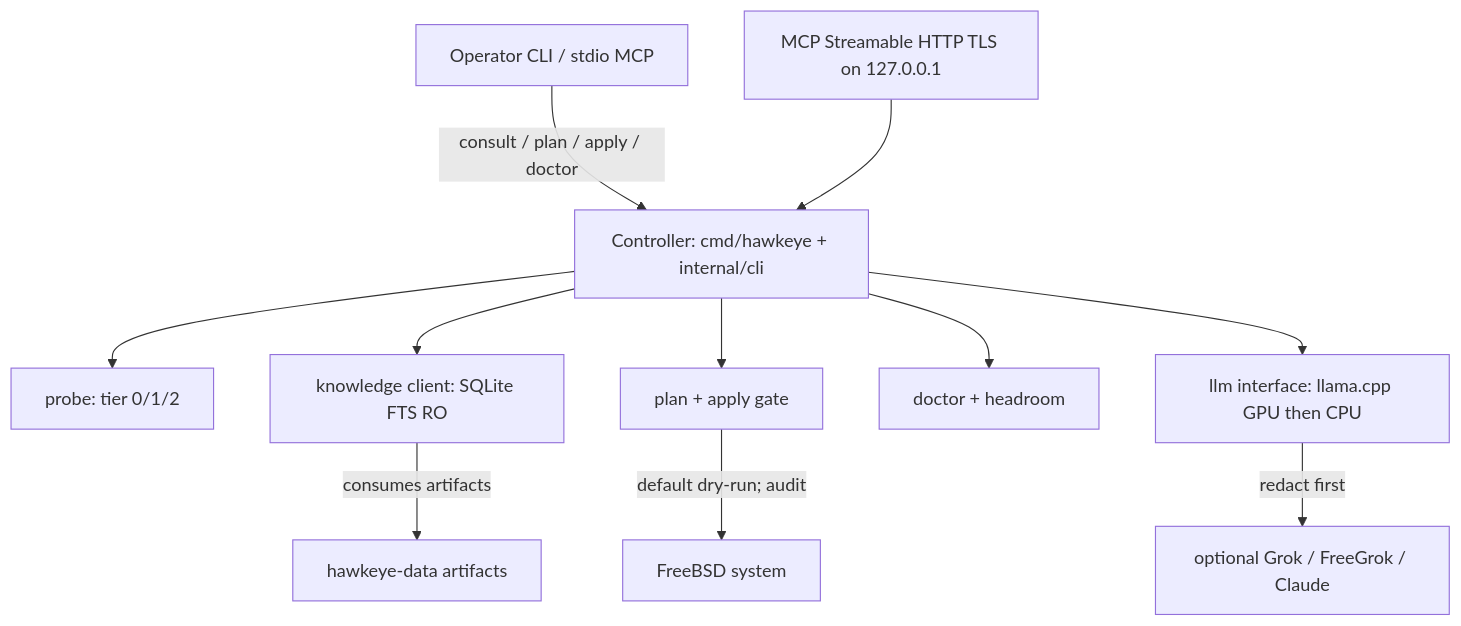
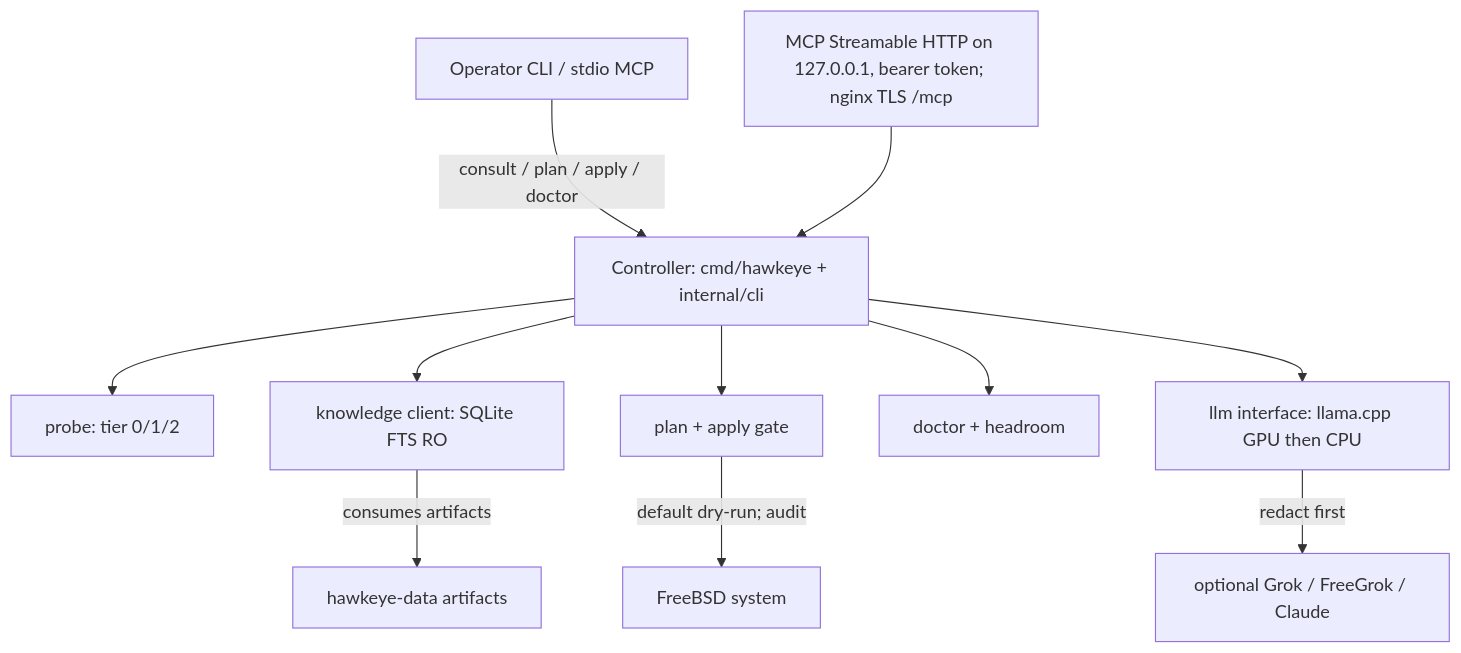
Before and after one commit to revytechinc/hawkeye: the first of 4 diagrams in docs/ARCHITECTURE.md, drawn with Mermaid. The commit also changed other lines of this file and 16 other files, not shown here.

First line of the commit message:
Expose Streamable HTTP MCP at /mcp with a required bearer token.

````diff
--- a/docs/ARCHITECTURE.md
+++ b/docs/ARCHITECTURE.md
@@ -14,13 +14,13 @@
 ```mermaid
 flowchart TD
     Operator["Operator CLI / stdio MCP"] -->|"consult / plan / apply / doctor"| CLI["Controller: cmd/hawkeye + internal/cli"]
-    MCPHTTP["MCP Streamable HTTP TLS on 127.0.0.1"] --> CLI
+    MCPHTTP["MCP Streamable HTTP on 127.0.0.1, bearer token; nginx TLS /mcp"] --> CLI
     CLI --> Probe["probe: tier 0/1/2"]
     CLI --> Knowledge["knowledge client: SQLite FTS RO"]
     CLI --> PlanApply["plan + apply gate"]
     CLI --> Doctor["doctor + headroom"]
     CLI --> LLM["llm interface: llama.cpp GPU then CPU"]
     Knowledge -->|"consumes artifacts"| DataRepo["hawkeye-data artifacts"]
     PlanApply -->|"default dry-run; audit"| System["FreeBSD system"]
     LLM -->|"redact first"| Remote["optional Grok / FreeGrok / Claude"]
 ```
````
